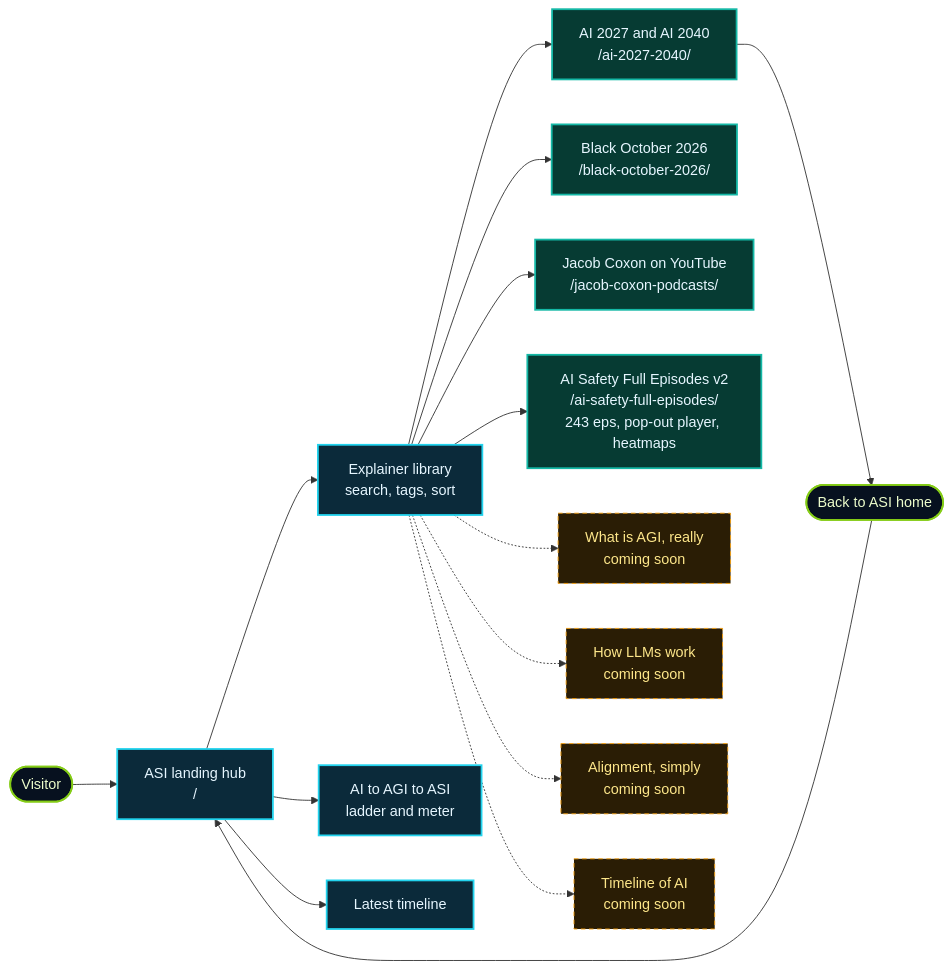
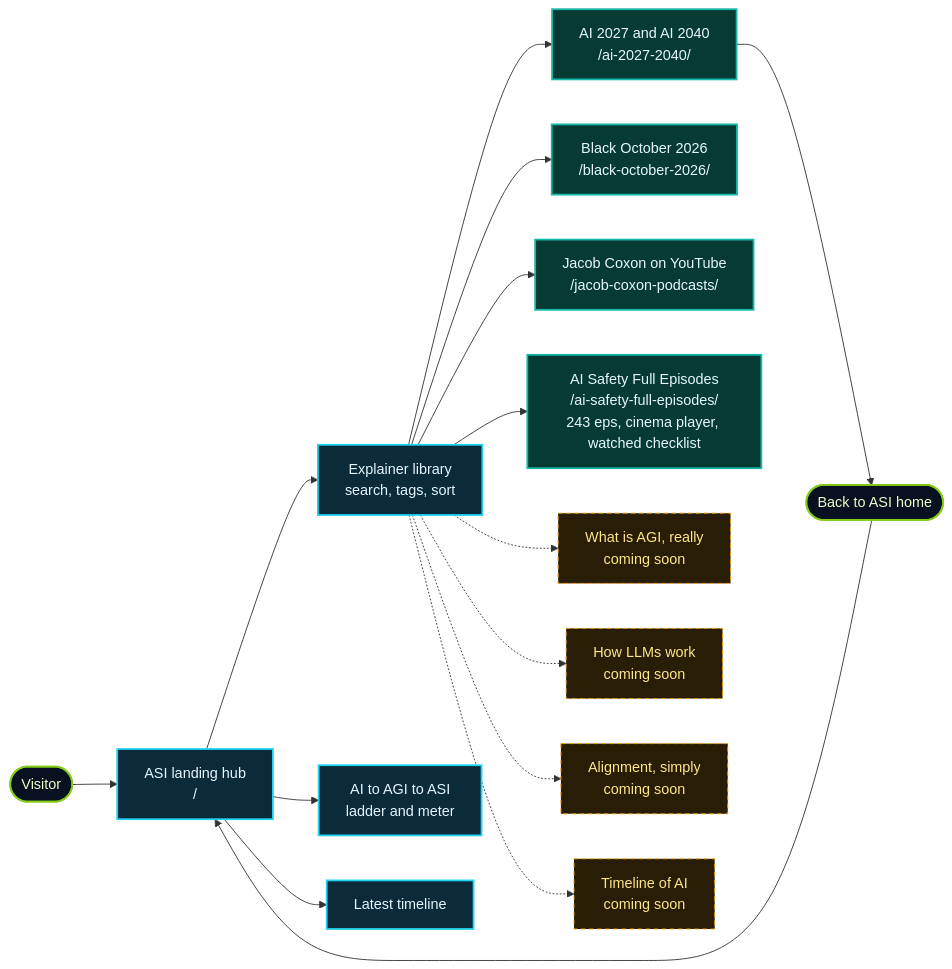
Before and after one commit to lo3elyon/ASI: the first of 12 diagrams in README.md, drawn with Mermaid. The commit also changed other lines of this file, not shown here.

Commit message:
ASI hub: update README.md for the AI Safety Full Episodes cinema update

````diff
--- a/README.md
+++ b/README.md
@@ -70,25 +70,25 @@
 ```mermaid
 flowchart LR
     V(["Visitor"]) --> H["ASI landing hub<br/>/"]
     H --> L["Explainer library<br/>search, tags, sort"]
     H --> G["AI to AGI to ASI<br/>ladder and meter"]
     H --> T["Latest timeline"]
     L --> E1["AI 2027 and AI 2040<br/>/ai-2027-2040/"]
     L --> E6["Black October 2026<br/>/black-october-2026/"]
     L --> E7["Jacob Coxon on YouTube<br/>/jacob-coxon-podcasts/"]
-    L --> E8["AI Safety Full Episodes v2<br/>/ai-safety-full-episodes/<br/>243 eps, pop-out player, heatmaps"]
+    L --> E8["AI Safety Full Episodes<br/>/ai-safety-full-episodes/<br/>243 eps, cinema player, watched checklist"]
     L -.-> E2["What is AGI, really<br/>coming soon"]
     L -.-> E3["How LLMs work<br/>coming soon"]
     L -.-> E4["Alignment, simply<br/>coming soon"]
     L -.-> E5["Timeline of AI<br/>coming soon"]
     E1 --> B(["Back to ASI home"])
     B --> H
     classDef hub fill:#0b2a3a,stroke:#22d3ee,stroke-width:2px,color:#e6f6ff
     classDef live fill:#063b33,stroke:#14b8a6,stroke-width:2px,color:#e6f6ff
     classDef soon fill:#2a1d05,stroke:#f59e0b,stroke-dasharray:5 4,color:#fde68a
     classDef user fill:#07111f,stroke:#84cc16,stroke-width:2px,color:#ecfccb
     class H,L,G,T hub
     class E1,E6,E7,E8 live
     class E2,E3,E4,E5 soon
     class V,B user
 ```
````
